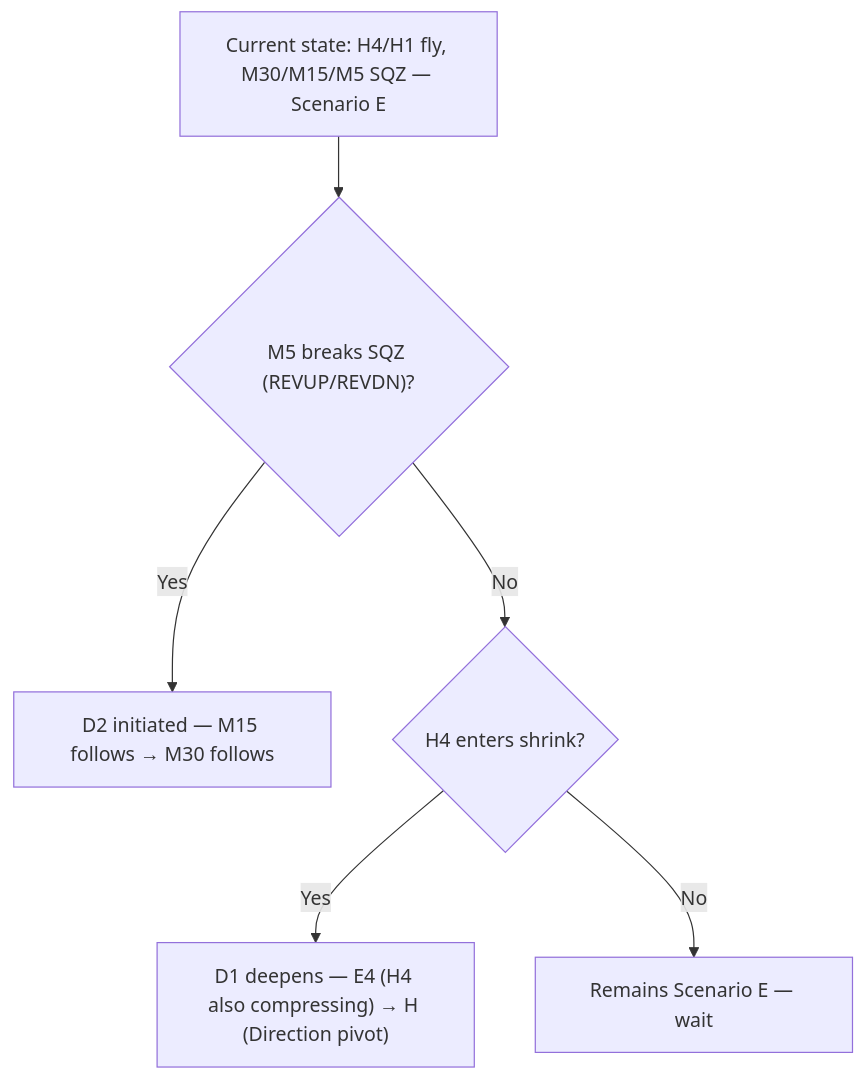
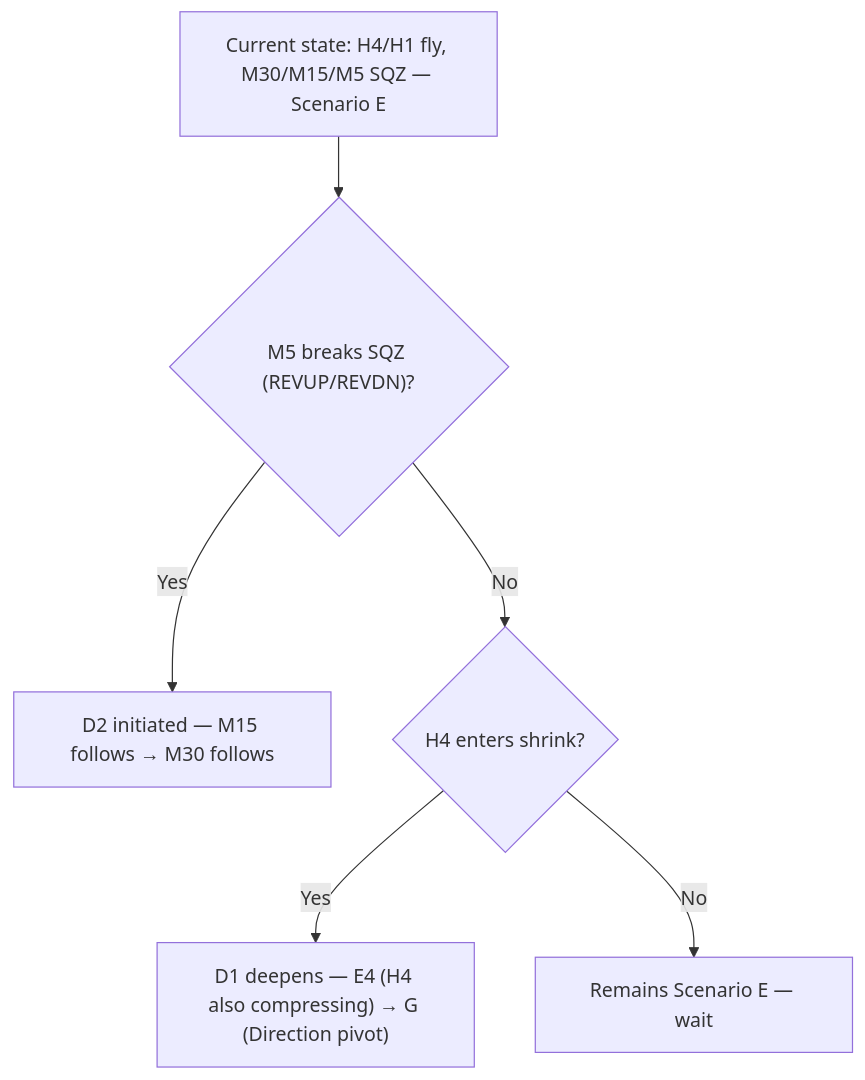
Before and after one commit to Terrypang89/BB_MTF_M15_STRATEGY: diagram 13 of 25 in references/backtest_chart_analysis.md, drawn with Mermaid. The commit also changed other lines of this file, not shown here.

````diff
--- a/references/backtest_chart_analysis.md
+++ b/references/backtest_chart_analysis.md
@@ -2437,9 +2437,9 @@
 ```mermaid
 flowchart TD
     A["Current state: H4/H1 fly, M30/M15/M5 SQZ — Scenario E"]
     A --> B{"M5 breaks SQZ (REVUP/REVDN)?"}
     B -->|Yes| C["D2 initiated — M15 follows → M30 follows"]
     B -->|No| D{"H4 enters shrink?"}
-    D -->|Yes| E["D1 deepens — E4 (H4 also compressing) → H (Direction pivot)"]
+    D -->|Yes| E["D1 deepens — E4 (H4 also compressing) → G (Direction pivot)"]
     D -->|No| F["Remains Scenario E — wait"]
 ```
````
